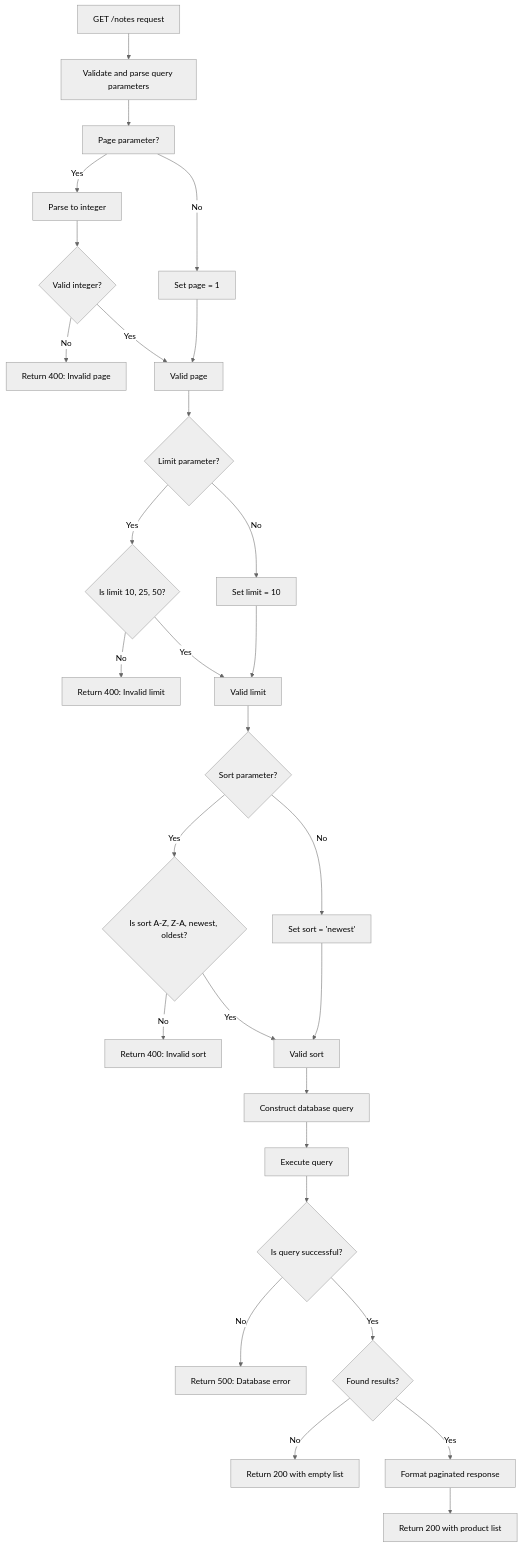
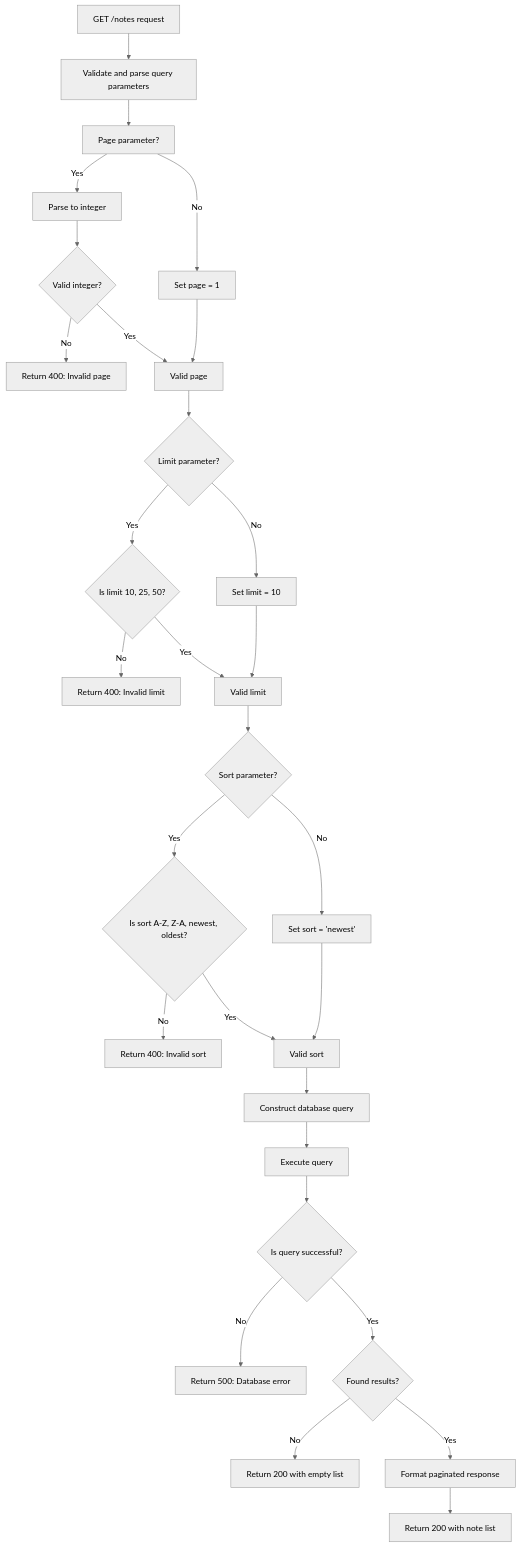
One commit to YosepRA/storey-api changed the first of 3 diagrams in docs/algorithms/paths/notes/collection.md. Above: the diagram before and after it, drawn with Mermaid (neutral theme). The commit also changed other lines of this file and 4 other files, not shown here.

````diff
--- a/docs/algorithms/paths/notes/collection.md
+++ b/docs/algorithms/paths/notes/collection.md
@@ -15,31 +15,31 @@
 ```mermaid
 flowchart TD
   getNotes[GET /notes request] --> validateParameters[Validate and parse query parameters]
   validateParameters --> pageParameterCheck[Page parameter?]
   pageParameterCheck -->|Yes| parsePageToInteger[Parse to integer] --> pageIntegerCheck{Valid integer?}
   pageIntegerCheck -->|No| returnInvalidPage[Return 400: Invalid page]
   pageIntegerCheck -->|Yes| validPage[Valid page]
   pageParameterCheck -->|No| defaultPage[Set page = 1] --> validPage
 
   validPage --> limitParameterCheck{Limit parameter?}
   limitParameterCheck -->|Yes| limitValueCheck{Is limit 10, 25, 50?}
   limitValueCheck -->|No| returnInvalidLimit[Return 400: Invalid limit]
   limitValueCheck -->|Yes| validLimit[Valid limit]
   limitParameterCheck -->|No| defaultLimit[Set limit = 10] --> validLimit
 
   validLimit --> sortParameterCheck{Sort parameter?}
   sortParameterCheck -->|Yes| sortValueCheck{Is sort A-Z, Z-A, newest, oldest?}
   sortValueCheck -->|No| returnInvalidSort[Return 400: Invalid sort]
   sortValueCheck -->|Yes| validSort[Valid sort]
   sortParameterCheck -->|No| defaultSort[Set sort = 'newest'] --> validSort
 
   validSort --> constructQuery[Construct database query]
   constructQuery --> executeQuery[Execute query]
 
   executeQuery --> isQuerySuccessful{Is query successful?}
   isQuerySuccessful -->|No| returnDatabaseError[Return 500: Database error]
   isQuerySuccessful -->|Yes| isThereResults{Found results?}
   isThereResults -->|No| returnEmptyQuery[Return 200 with empty list]
   isThereResults -->|Yes| formatPaginatedResponse[Format paginated response]
-  formatPaginatedResponse --> returnSuccessfulResponse[Return 200 with product list]
+  formatPaginatedResponse --> returnSuccessfulResponse[Return 200 with note list]
 ```
````
